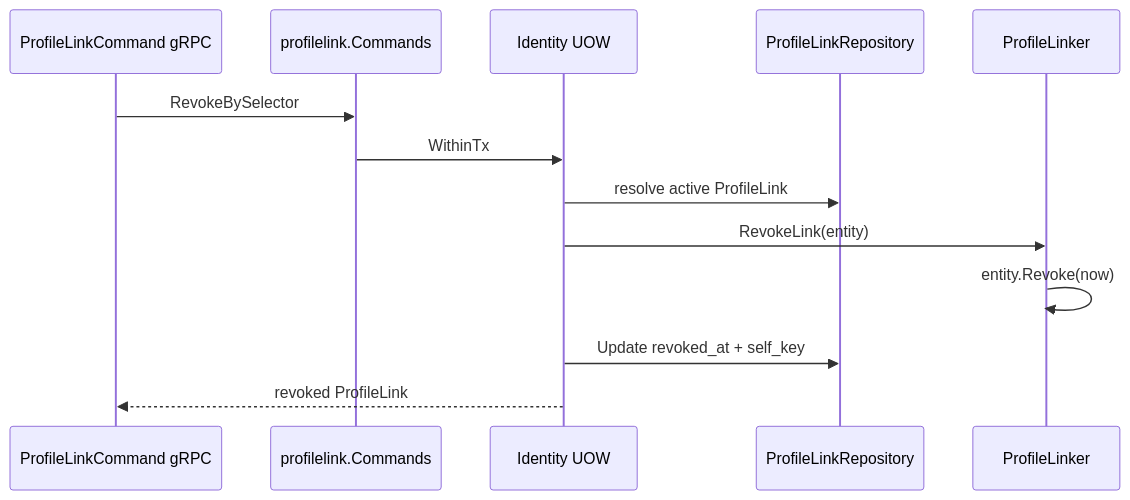
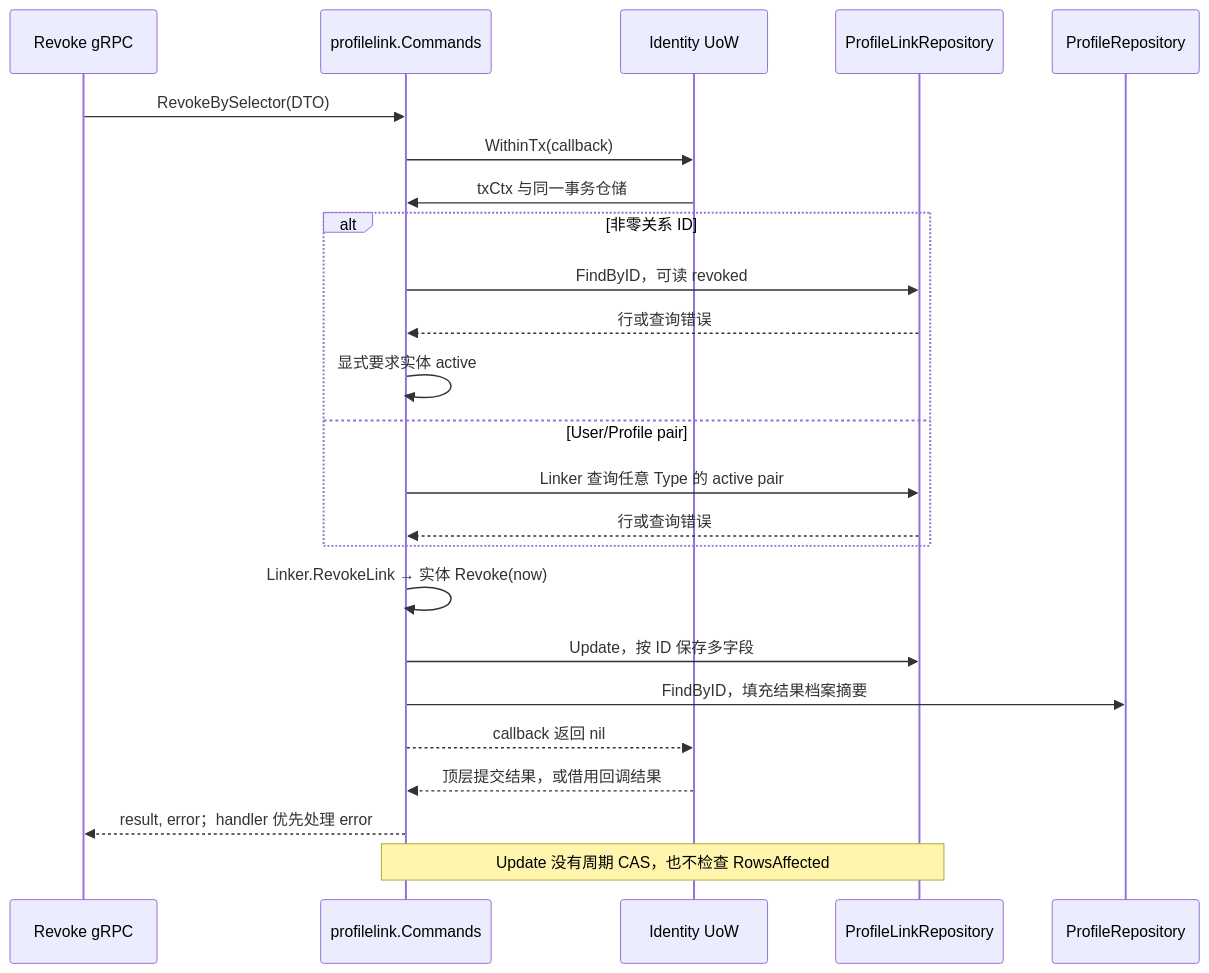
One commit to FangcunMount/iam changed the second of 2 diagrams in docs/02-业务模块/01-Identity/03-关键链路-建立与撤销ProfileLink.md. Above: the diagram before and after it, drawn with Mermaid. The commit also changed other lines of this file and 36 other files, not shown here.

````diff
--- a/docs/02-业务模块/01-Identity/03-关键链路-建立与撤销ProfileLink.md
+++ b/docs/02-业务模块/01-Identity/03-关键链路-建立与撤销ProfileLink.md
@@ -253,16 +98,27 @@
 ```mermaid
 sequenceDiagram
-    participant G as ProfileLinkCommand gRPC
+    participant G as Revoke gRPC
     participant A as profilelink.Commands
-    participant U as Identity UOW
+    participant U as Identity UoW
     participant R as ProfileLinkRepository
-    participant L as ProfileLinker
+    participant P as ProfileRepository
 
-    G->>A: RevokeBySelector
-    A->>U: WithinTx
-    U->>R: resolve active ProfileLink
-    U->>L: RevokeLink(entity)
-    L->>L: entity.Revoke(now)
-    U->>R: Update revoked_at + self_key
-    U-->>G: revoked ProfileLink
+    G->>A: RevokeBySelector(DTO)
+    A->>U: WithinTx(callback)
+    U->>A: txCtx 与同一事务仓储
+    alt 非零关系 ID
+        A->>R: FindByID，可读 revoked
+        R-->>A: 行或查询错误
+        A->>A: 显式要求实体 active
+    else User/Profile pair
+        A->>R: Linker 查询任意 Type 的 active pair
+        R-->>A: 行或查询错误
+    end
+    A->>A: Linker.RevokeLink → 实体 Revoke(now)
+    A->>R: Update，按 ID 保存多字段
+    A->>P: FindByID，填充结果档案摘要
+    A-->>U: callback 返回 nil
+    U-->>A: 顶层提交结果，或借用回调结果
+    A-->>G: result, error；handler 优先处理 error
+    Note over A,R: Update 没有周期 CAS，也不检查 RowsAffected
 ```
````
